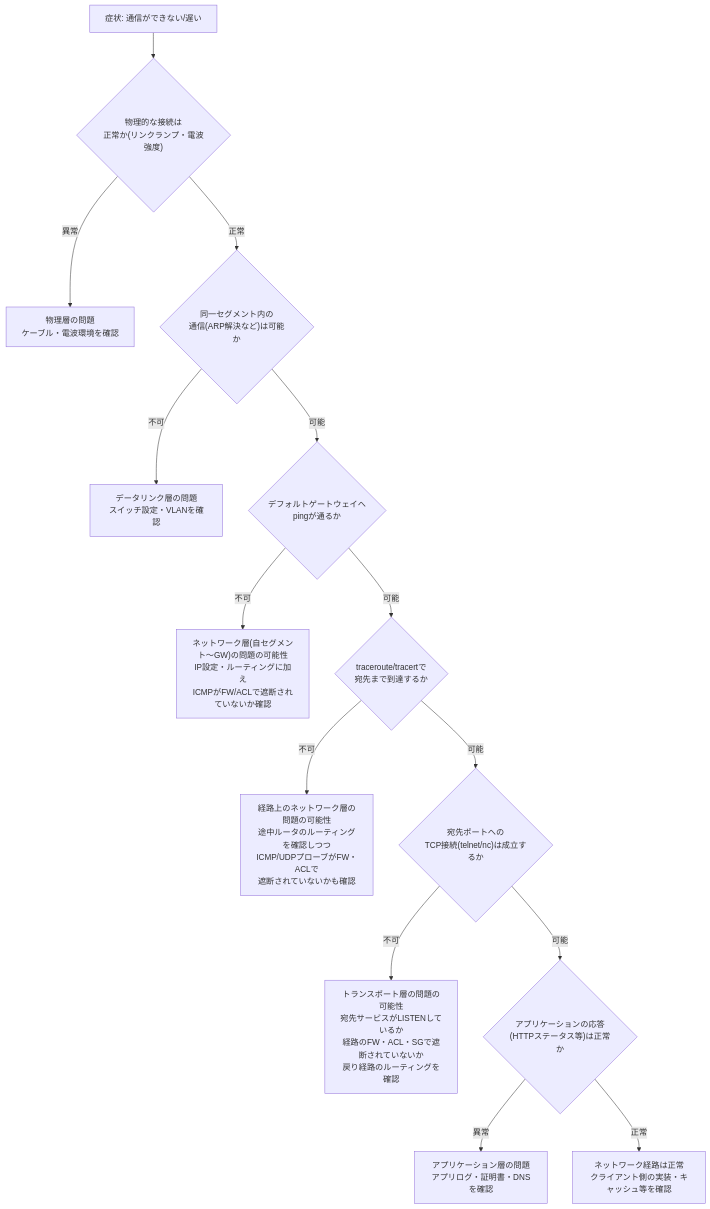
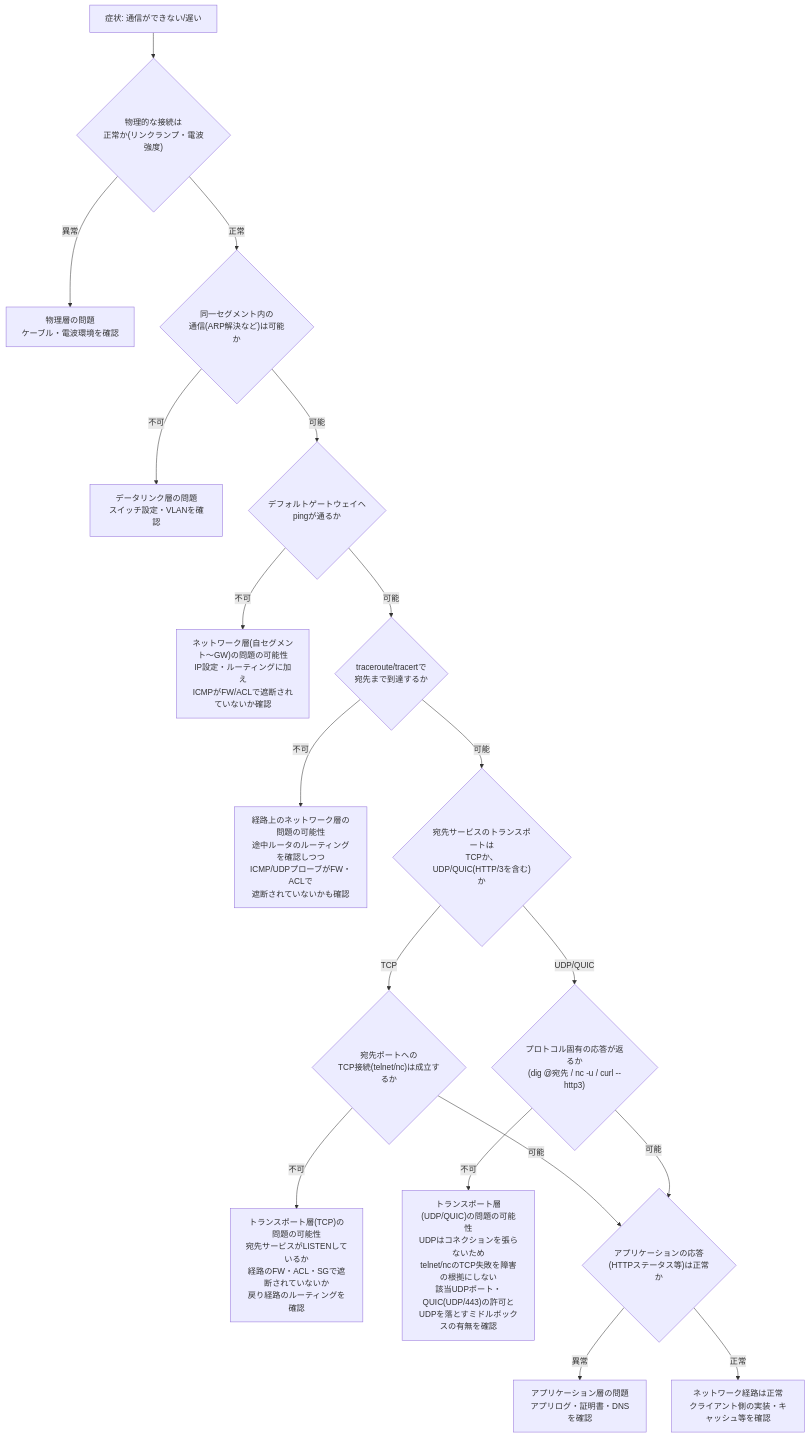
One commit to myoshi2891/Cloud-Infrastructure-Studies changed diagram 21 of 21 in Computer-networks-tanenbaum.md. Above: the diagram before and after it, drawn with Mermaid. The commit also changed other lines of this file and 1 other file, not shown here.

Commit message:
docs(books): enhance troubleshooting with UDP and QUIC considerations in Computer Networks guide

````diff
--- a/Computer-networks-tanenbaum.md
+++ b/Computer-networks-tanenbaum.md
@@ -709,16 +800,20 @@
 ```mermaid
 flowchart TD
     Q1["症状: 通信ができない/遅い"] --> Q2{"物理的な接続は<br/>正常か(リンクランプ・電波強度)"}
     Q2 -->|異常| F1["物理層の問題<br/>ケーブル・電波環境を確認"]
     Q2 -->|正常| Q3{"同一セグメント内の<br/>通信(ARP解決など)は可能か"}
     Q3 -->|不可| F2["データリンク層の問題<br/>スイッチ設定・VLANを確認"]
     Q3 -->|可能| Q4{"デフォルトゲートウェイへ<br/>pingが通るか"}
     Q4 -->|不可| F3["ネットワーク層(自セグメント〜GW)の問題の可能性<br/>IP設定・ルーティングに加え<br/>ICMPがFW/ACLで遮断されていないか確認"]
     Q4 -->|可能| Q5{"traceroute/tracertで<br/>宛先まで到達するか"}
     Q5 -->|不可| F4["経路上のネットワーク層の問題の可能性<br/>途中ルータのルーティングを確認しつつ<br/>ICMP/UDPプローブがFW・ACLで<br/>遮断されていないかも確認"]
-    Q5 -->|可能| Q6{"宛先ポートへの<br/>TCP接続(telnet/nc)は成立するか"}
-    Q6 -->|不可| F5["トランスポート層の問題の可能性<br/>宛先サービスがLISTENしているか<br/>経路のFW・ACL・SGで遮断されていないか<br/>戻り経路のルーティングを確認"]
-    Q6 -->|可能| Q7{"アプリケーションの応答<br/>(HTTPステータス等)は正常か"}
+    Q5 -->|可能| Q6{"宛先サービスのトランスポートは<br/>TCPか、UDP/QUIC(HTTP/3を含む)か"}
+    Q6 -->|TCP| Q6T{"宛先ポートへの<br/>TCP接続(telnet/nc)は成立するか"}
+    Q6 -->|UDP/QUIC| Q6U{"プロトコル固有の応答が返るか<br/>(dig @宛先 / nc -u / curl --http3)"}
+    Q6T -->|不可| F5["トランスポート層(TCP)の問題の可能性<br/>宛先サービスがLISTENしているか<br/>経路のFW・ACL・SGで遮断されていないか<br/>戻り経路のルーティングを確認"]
+    Q6U -->|不可| F5U["トランスポート層(UDP/QUIC)の問題の可能性<br/>UDPはコネクションを張らないため<br/>telnet/ncのTCP失敗を障害の根拠にしない<br/>該当UDPポート・QUIC(UDP/443)の許可と<br/>UDPを落とすミドルボックスの有無を確認"]
+    Q6T -->|可能| Q7{"アプリケーションの応答<br/>(HTTPステータス等)は正常か"}
+    Q6U -->|可能| Q7
     Q7 -->|異常| F6["アプリケーション層の問題<br/>アプリログ・証明書・DNSを確認"]
     Q7 -->|正常| F7["ネットワーク経路は正常<br/>クライアント側の実装・キャッシュ等を確認"]
 ```
````
